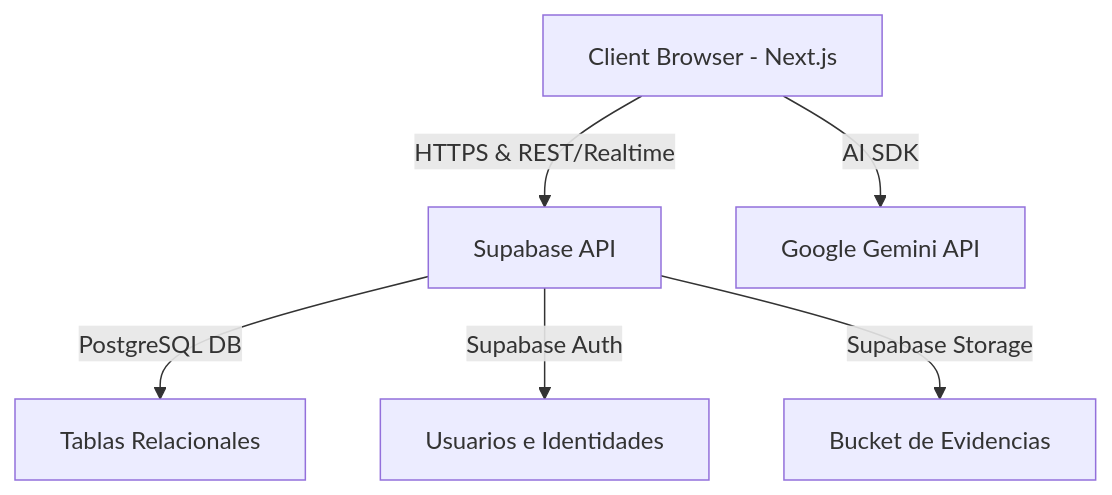
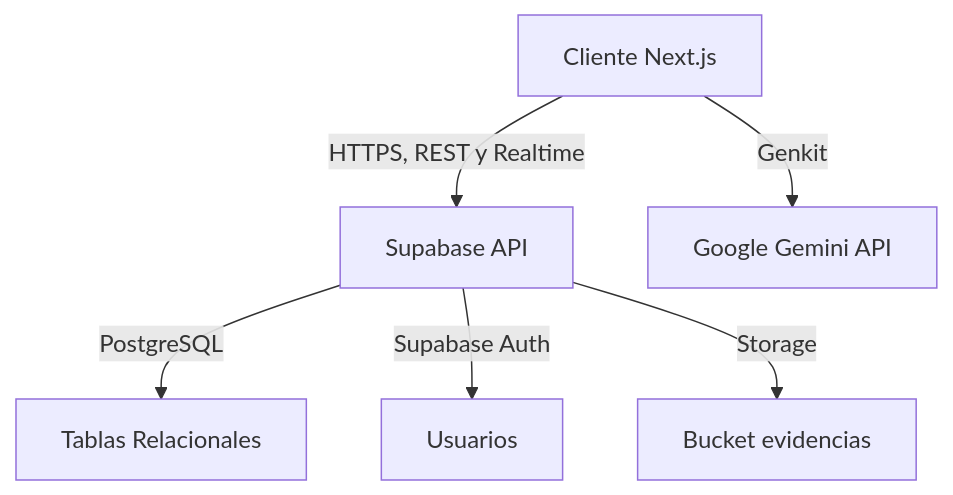
Before and after one commit to mariomotte/Registro-Acad-mico-Digital: the diagram in docs/manual_tecnico.md, drawn with Mermaid. The commit also changed other lines of this file and 98 other files, not shown here.

````diff
--- a/docs/manual_tecnico.md
+++ b/docs/manual_tecnico.md
@@ -11,8 +11,8 @@
 ```mermaid
 graph TD
-    A[Client Browser - Next.js] -->|HTTPS & REST/Realtime| B[Supabase API]
-    A -->|AI SDK| C[Google Gemini API]
-    B -->|PostgreSQL DB| D[Tablas Relacionales]
-    B -->|Supabase Auth| E[Usuarios e Identidades]
-    B -->|Supabase Storage| F[Bucket de Evidencias]
+    A[Cliente Next.js] -->|HTTPS, REST y Realtime| B[Supabase API]
+    A -->|Genkit| C[Google Gemini API]
+    B -->|PostgreSQL| D[Tablas Relacionales]
+    B -->|Supabase Auth| E[Usuarios]
+    B -->|Storage| F[Bucket evidencias]
 ```
````
